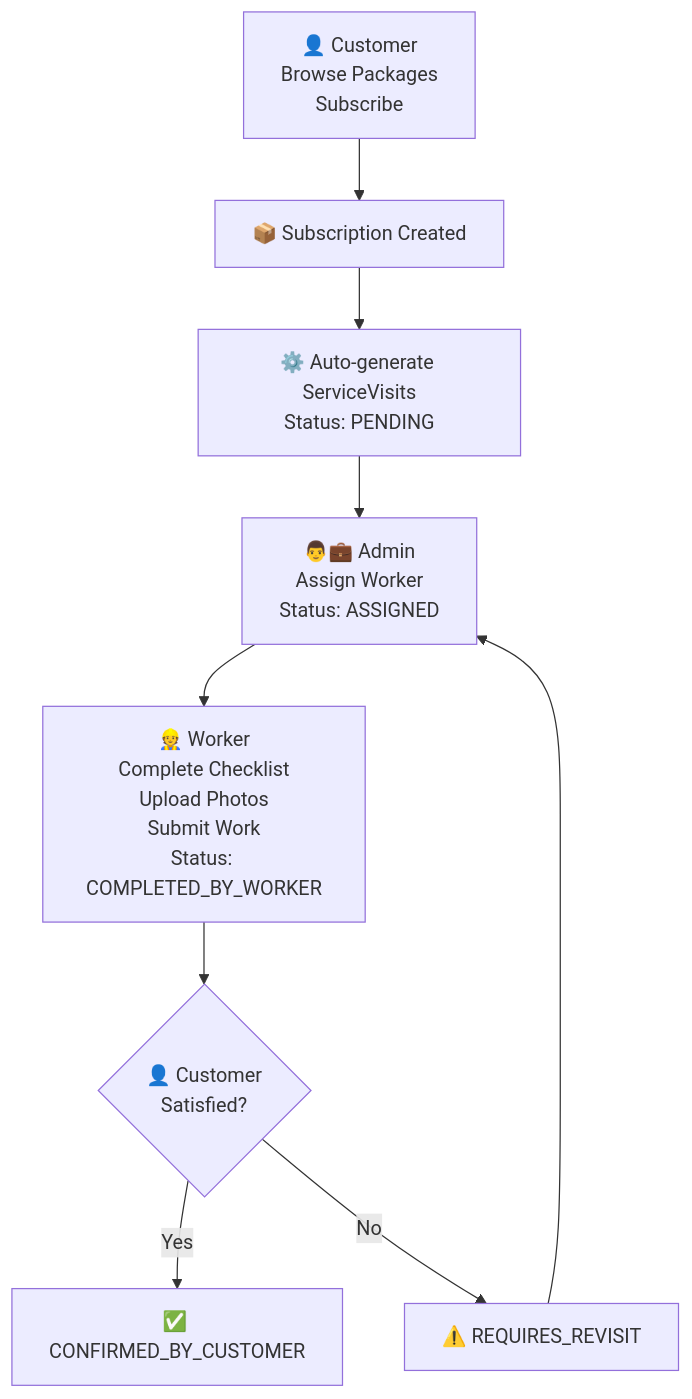
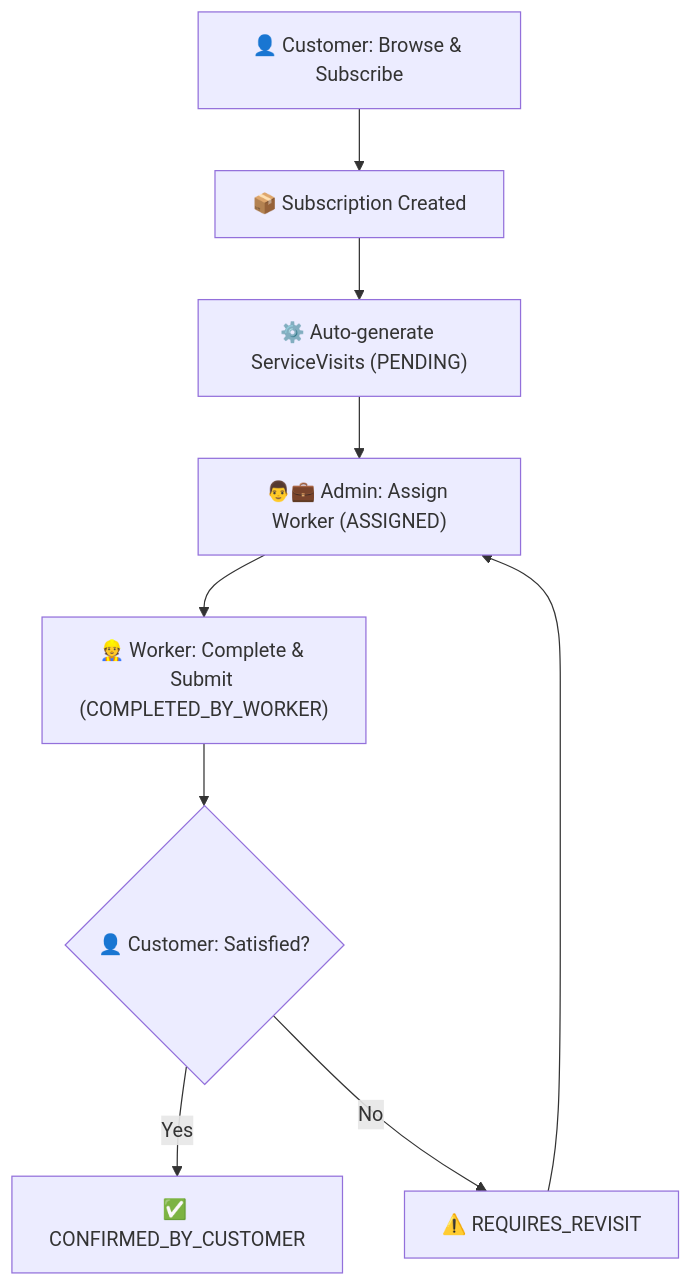
One commit to isha1234567891/Mahaplants-Service-Platform changed the second of 3 diagrams in README.md. Above: the diagram before and after it, drawn with Mermaid. The commit also changed other lines of this file, not shown here.

Commit message:
Update README documentation

````diff
--- a/README.md
+++ b/README.md
@@ -63,20 +63,20 @@
 ```mermaid
 flowchart TD
-    A[👤 Customer<br/>Browse Packages<br/>Subscribe]
-    B[📦 Subscription Created]
-    C[⚙️ Auto-generate ServiceVisits<br/>Status: PENDING]
-    D[👨💼 Admin<br/>Assign Worker<br/>Status: ASSIGNED]
-    E[👷 Worker<br/>Complete Checklist<br/>Upload Photos<br/>Submit Work<br/>Status: COMPLETED_BY_WORKER]
-    F{👤 Customer<br/>Satisfied?}
-    G[✅ CONFIRMED_BY_CUSTOMER]
-    H[⚠️ REQUIRES_REVISIT]
+    A["👤 Customer: Browse & Subscribe"]
+    B["📦 Subscription Created"]
+    C["⚙️ Auto-generate ServiceVisits (PENDING)"]
+    D["👨💼 Admin: Assign Worker (ASSIGNED)"]
+    E["👷 Worker: Complete & Submit (COMPLETED_BY_WORKER)"]
+    F{"👤 Customer: Satisfied?"}
+    G["✅ CONFIRMED_BY_CUSTOMER"]
+    H["⚠️ REQUIRES_REVISIT"]
     
     A --> B
     B --> C
     C --> D
     D --> E
     E --> F
     F -->|Yes| G
     F -->|No| H
     H --> D
 ```
````
